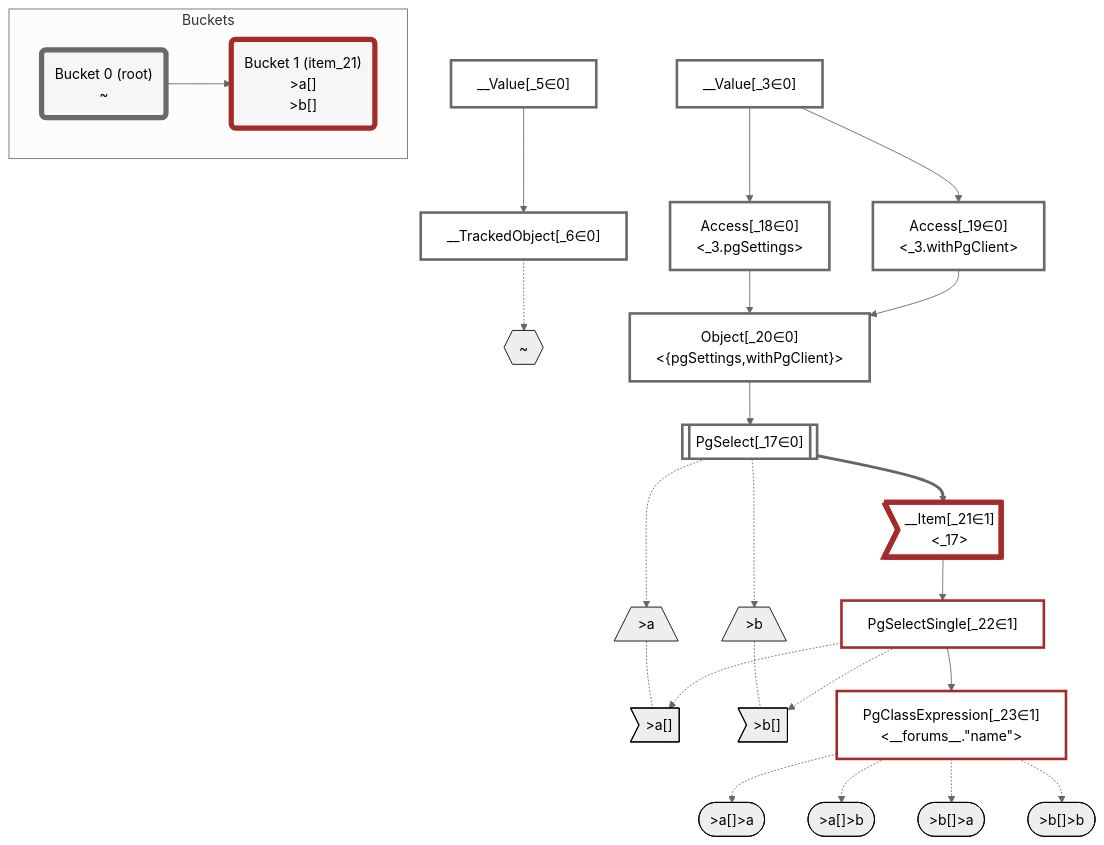
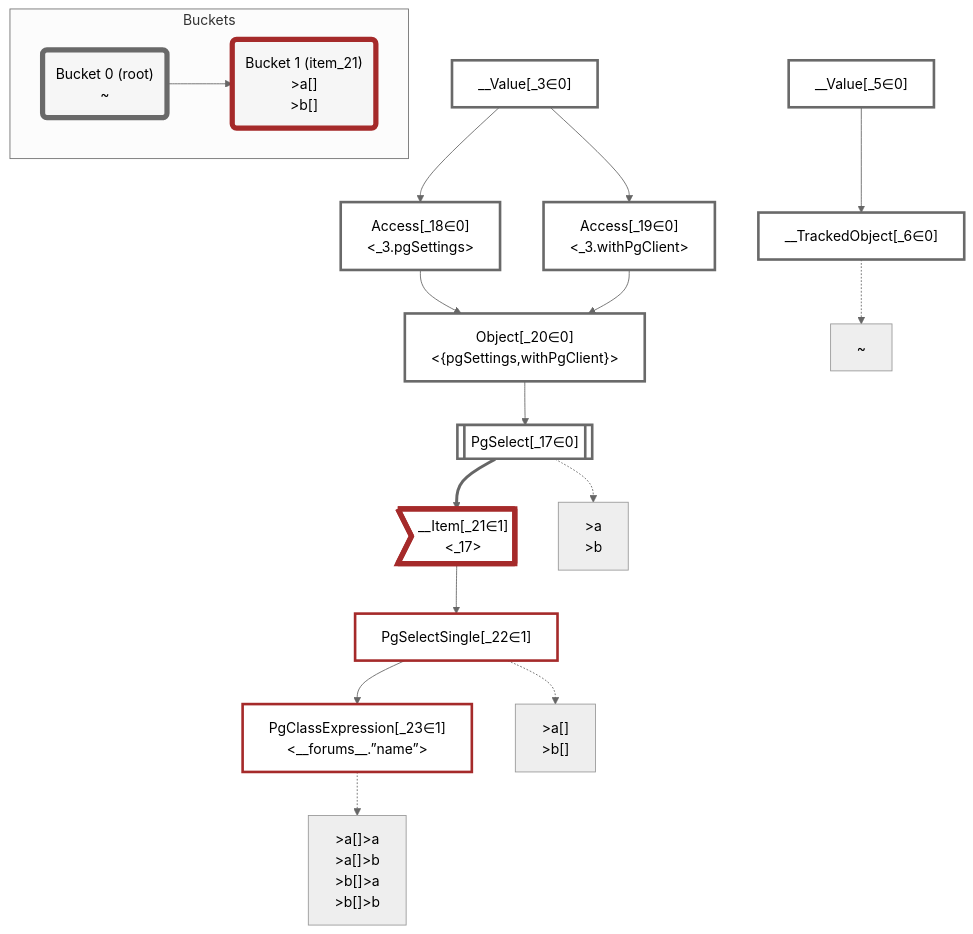
Before and after one commit to graphile/crystal: the diagram in packages/dataplan-pg/__tests__/queries/super-simple/many-field-aliases.deopt.mermaid.md, drawn with Mermaid (neutral theme). The commit also changed 195 other files, not shown here.

````diff
--- a/packages/dataplan-pg/__tests__/queries/super-simple/many-field-aliases.deopt.mermaid.md
+++ b/packages/dataplan-pg/__tests__/queries/super-simple/many-field-aliases.deopt.mermaid.md
@@ -1,76 +1,56 @@
 ```mermaid
 graph TD
     classDef path fill:#eee,stroke:#000,color:#000
     classDef plan fill:#fff,stroke-width:3px,color:#000
     classDef itemplan fill:#fff,stroke-width:6px,color:#000
     classDef sideeffectplan fill:#f00,stroke-width:6px,color:#000
     classDef bucket fill:#f6f6f6,color:#000,stroke-width:6px
 
-    %% subgraph fields
-    P1{{"~"}}:::path
-    P2[/">a"\]:::path
-    P3>">a[]"]:::path
-    P2 -.- P3
-    P4([">a[]>a"]):::path
-    %% P3 -.-> P4
-    P5([">a[]>b"]):::path
-    %% P3 -.-> P5
-    %% P1 -.-> P2
-    P6[/">b"\]:::path
-    P7>">b[]"]:::path
-    P6 -.- P7
-    P8([">b[]>a"]):::path
-    %% P7 -.-> P8
-    P9([">b[]>b"]):::path
-    %% P7 -.-> P9
-    %% P1 -.-> P6
-    %% end
 
     %% define plans
     __Value_3["__Value[_3∈0]<br /><context>"]:::plan
     __Value_5["__Value[_5∈0]<br /><rootValue>"]:::plan
     __TrackedObject_6["__TrackedObject[_6∈0]"]:::plan
     PgSelect_17[["PgSelect[_17∈0]<br /><forums>"]]:::plan
     Access_18["Access[_18∈0]<br /><_3.pgSettings>"]:::plan
     Access_19["Access[_19∈0]<br /><_3.withPgClient>"]:::plan
     Object_20["Object[_20∈0]<br /><{pgSettings,withPgClient}>"]:::plan
     __Item_21>"__Item[_21∈1]<br /><_17>"]:::itemplan
     PgSelectSingle_22["PgSelectSingle[_22∈1]<br /><forums>"]:::plan
-    PgClassExpression_23["PgClassExpression[_23∈1]<br /><__forums__.#quot;name#quot;>"]:::plan
+    PgClassExpression_23["PgClassExpression[_23∈1]<br /><__forums__.”name”>"]:::plan
 
     %% plan dependencies
     __Value_5 --> __TrackedObject_6
     Object_20 --> PgSelect_17
     __Value_3 --> Access_18
     __Value_3 --> Access_19
     Access_18 --> Object_20
     Access_19 --> Object_20
     PgSelect_17 ==> __Item_21
     __Item_21 --> PgSelectSingle_22
     PgSelectSingle_22 --> PgClassExpression_23
 
     %% plan-to-path relationships
+    P1["~"]
     __TrackedObject_6 -.-> P1
+    P2[">a<br />>b"]
     PgSelect_17 -.-> P2
+    P3[">a[]<br />>b[]"]
     PgSelectSingle_22 -.-> P3
+    P4[">a[]>a<br />>a[]>b<br />>b[]>a<br />>b[]>b"]
     PgClassExpression_23 -.-> P4
-    PgClassExpression_23 -.-> P5
-    PgSelect_17 -.-> P6
-    PgSelectSingle_22 -.-> P7
-    PgClassExpression_23 -.-> P8
-    PgClassExpression_23 -.-> P9
 
     %% allocate buckets
     classDef bucket0 stroke:#696969
     class __Value_3,__Value_5,__TrackedObject_6,PgSelect_17,Access_18,Access_19,Object_20 bucket0
     classDef bucket1 stroke:#a52a2a
     class __Item_21,PgSelectSingle_22,PgClassExpression_23 bucket1
 
     subgraph Buckets
     Bucket0("Bucket 0 (root)<br />~"):::bucket
     style Bucket0 stroke:#696969
     Bucket1("Bucket 1 (item_21)<br />>a[]<br />>b[]"):::bucket
     style Bucket1 stroke:#a52a2a
     Bucket0 --> Bucket1
     end
 ```
````
